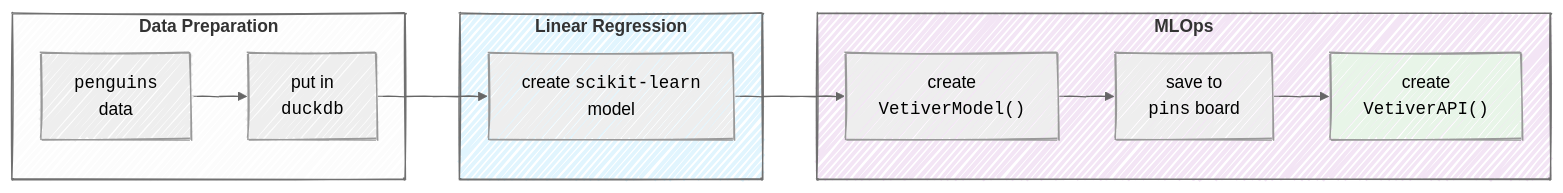
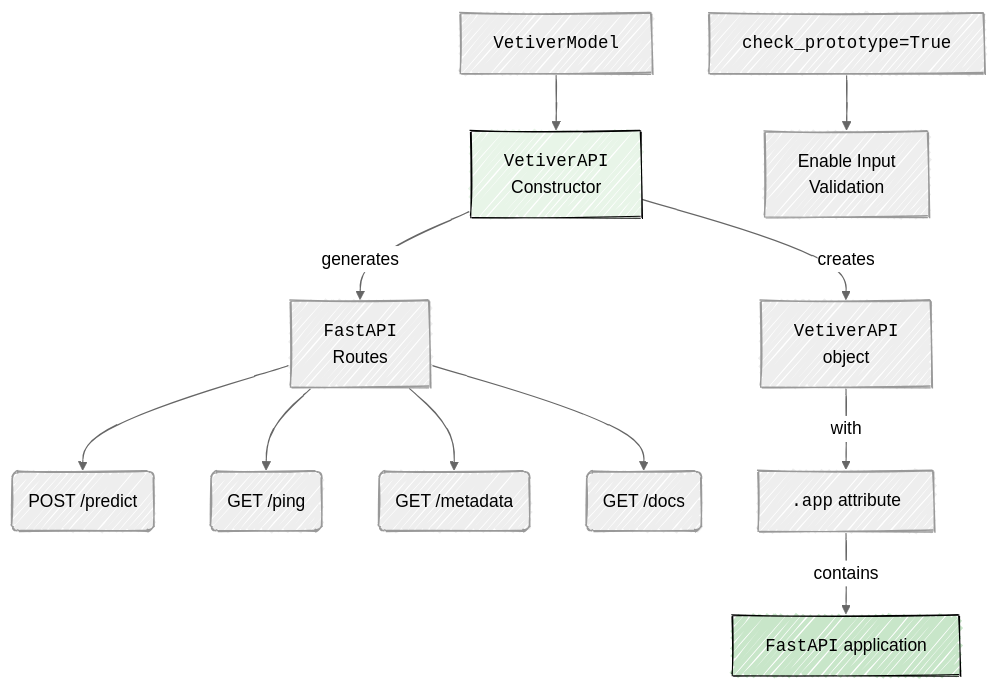
Before and after one commit to mjfrigaard/do4ds-labs: the second of 2 diagrams in py-app-api.qmd, drawn with Mermaid. The commit also changed other lines of this file and 23 other files, not shown here.

````diff
--- a/py-app-api.qmd
+++ b/py-app-api.qmd
@@ -27,25 +219,22 @@
 ```{mermaid}
-%%| fig-cap: 'Our Python model pipeline'
+%%| fig-cap: 'mod-api.py'
 %%| fig-align: center
 %%{init: {'theme': 'neutral', 'look': 'handDrawn', 'themeVariables': { 'fontFamily': 'monospace', "fontSize":"16px"}}}%%
-graph LR
-    subgraph DataPrep["<strong>Data Preparation</strong>"]
-        Penguins["<code>penguins</code><br>data"] --> DuckDB["put in<br><code>duckdb</code>"]
-        DuckDB
-    end
+graph TB
+    Mod["<code>VetiverModel</code>"] --> VApiCon["<code>VetiverAPI</code><br>Constructor"]
+    VApiCon --"generates"--> FastAPI["<code>FastAPI</code><br>Routes"]
     
-    subgraph ModTrain["<strong>Linear Regression</strong>"]
-        DuckDB --> LinReg["create <code>scikit-learn</code><br>model"]
-        LinReg
-    end
+    FastAPI --> Post("POST /predict")
+    FastAPI --> GetPing("GET /ping") 
+    FastAPI --> GetMeta("GET /metadata")
+    FastAPI --> GetDocs("GET /docs")
     
-    subgraph MLOps["<strong>MLOps</strong>"]
-        LinReg --> VetMod["create<br><code>VetiverModel()</code>"]
-        VetMod --> Pins["save to<br><code>pins</code> board"]
-        Pins --> VetAPI["create<br><code>VetiverAPI()</code>"]
-    end
+    CheckProt["<code>check_prototype=True</code>"] --> Input["Enable Input<br>Validation"]
     
-    style ModTrain fill:#e1f5fe
-    style MLOps fill:#f3e5f5
-    style VetAPI fill:#e8f5e8
+    VApiCon --"creates"--> VApiObj["<code>VetiverAPI</code><br>object"]
+    VApiObj --"with"--> AppAttr["<code>.app</code> attribute"]
+    AppAttr --"contains"--> FastAPIApp["<code>FastAPI</code> application"]
+    
+    style VApiCon fill:#e8f5e8,stroke:#000,color:#000,stroke-width:1px,rx:10,ry:10,font-size:16px
+    style FastAPIApp fill:#c8e6c9,stroke:#000,color:#000,stroke-width:1px,rx:10,ry:10,font-size:16px
 ```
````
